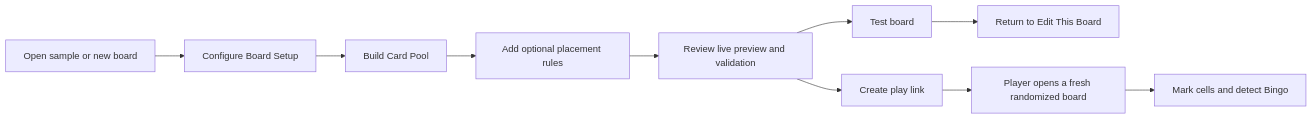
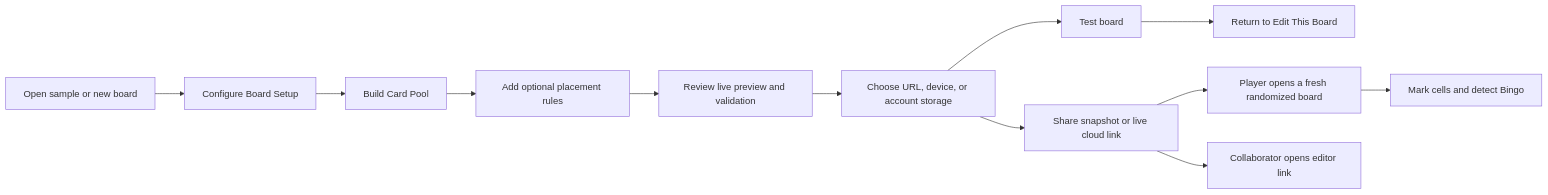
Before and after one commit to mikejhill/squarecast: the diagram in docs/design-and-ux.md, drawn with Mermaid. The commit also changed other lines of this file and 9 other files, not shown here.

````diff
--- a/docs/design-and-ux.md
+++ b/docs/design-and-ux.md
@@ -43,12 +43,14 @@
 ```mermaid
 flowchart LR
     A["Open sample or new board"] --> B["Configure Board Setup"]
     B --> C["Build Card Pool"]
     C --> D["Add optional placement rules"]
     D --> E["Review live preview and validation"]
-    E --> F["Test board"]
-    E --> G["Create play link"]
-    F --> H["Return to Edit This Board"]
-    G --> I["Player opens a fresh randomized board"]
-    I --> J["Mark cells and detect Bingo"]
+    E --> F["Choose URL, device, or account storage"]
+    F --> G["Test board"]
+    F --> H["Share snapshot or live cloud link"]
+    G --> I["Return to Edit This Board"]
+    H --> J["Player opens a fresh randomized board"]
+    H --> K["Collaborator opens editor link"]
+    J --> L["Mark cells and detect Bingo"]
 ```
````
